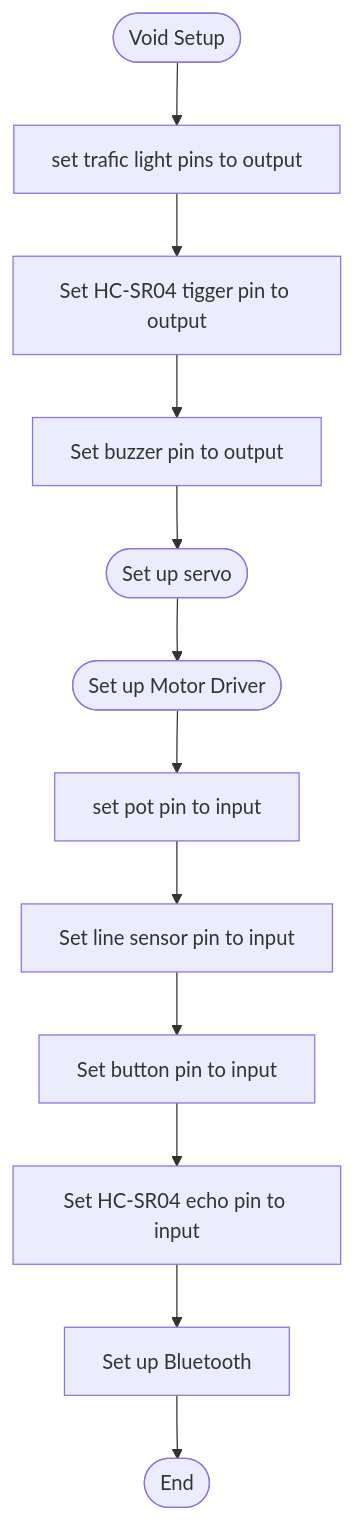
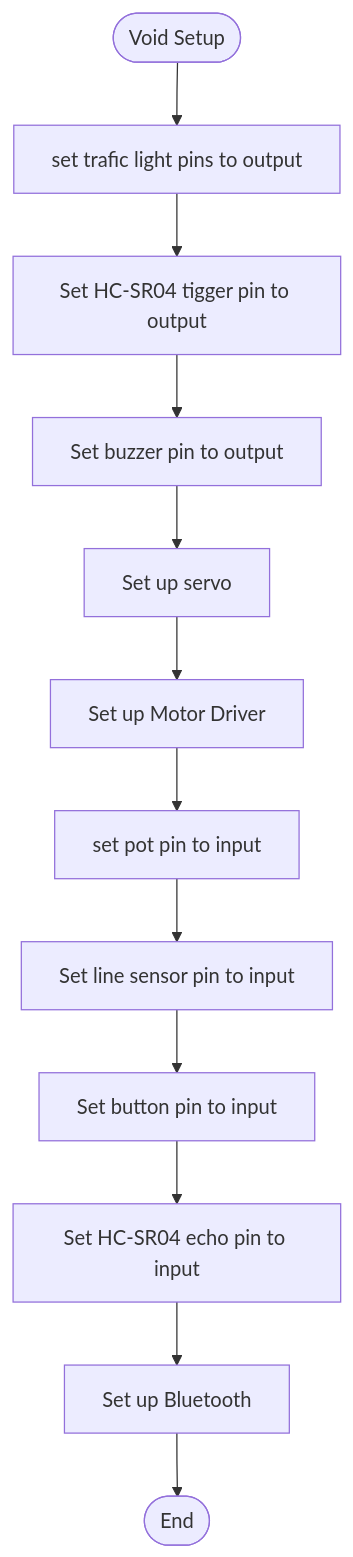
Before and after one commit to TheDjgamerProductions/Robotics2022: the first of 2 diagrams in Assessments/Assessment_2_Smart_Device_House/Logic.md, drawn with Mermaid.

Commit message:
Fixed Logic Chart

````diff
--- a/Assessments/Assessment_2_Smart_Device_House/Logic.md
+++ b/Assessments/Assessment_2_Smart_Device_House/Logic.md
@@ -1,16 +1,16 @@
 ```mermaid
   flowchart TD
     terminalStart([Void Setup])
     step1[set trafic light pins to output]
     step2[Set HC-SR04 tigger pin to output]
     step3[Set buzzer pin to output]
-    step4([Set up servo])
-    step5([Set up Motor Driver])
+    step4[Set up servo]
+    step5[Set up Motor Driver]
     step6[set pot pin to input]
     step7[Set line sensor pin to input]
     step8[Set button pin to input]
     step9[Set HC-SR04 echo pin to input]
     step10[Set up Bluetooth]
     terminalEnd([End])
     terminalStart --> step1 --> step2 --> step3 --> step4 --> step5 --> step6 --> step7 --> step8 --> step9 --> step10 --> terminalEnd
 ```
````
